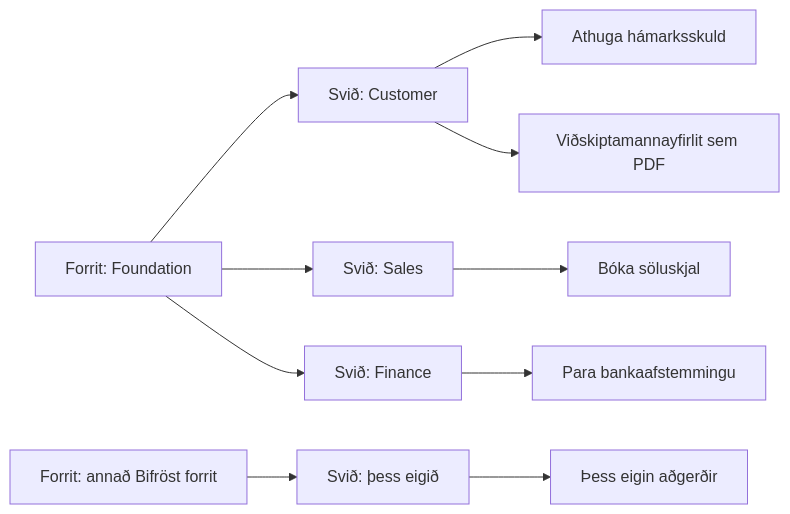
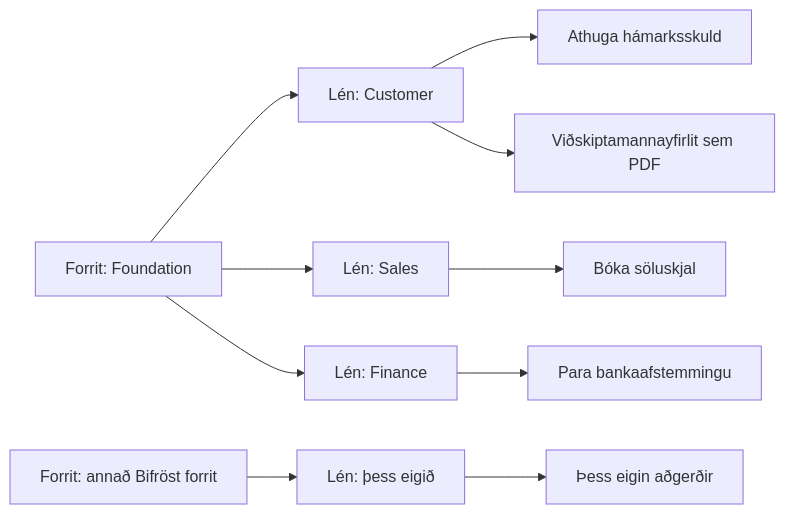
The diagram in i18n/is-IS/docusaurus-plugin-content-docs-documentation/current/how-it-works.md (businesscentralal/bifrost), drawn with Mermaid before and after one commit. The commit also changed other lines of this file and 22 other files, not shown here.

````diff
--- a/i18n/is-IS/docusaurus-plugin-content-docs-documentation/current/how-it-works.md
+++ b/i18n/is-IS/docusaurus-plugin-content-docs-documentation/current/how-it-works.md
@@ -40,12 +40,12 @@
 ```mermaid
 flowchart LR
-  F["Forrit: Foundation"] --> C1["Svið: Customer"]
-  F --> C2["Svið: Sales"]
-  F --> C3["Svið: Finance"]
-  T["Forrit: annað Bifröst forrit"] --> C4["Svið: þess eigið"]
+  F["Forrit: Foundation"] --> C1["Lén: Customer"]
+  F --> C2["Lén: Sales"]
+  F --> C3["Lén: Finance"]
+  T["Forrit: annað Bifröst forrit"] --> C4["Lén: þess eigið"]
   C1 --> M1["Athuga hámarksskuld"]
   C1 --> M2["Viðskiptamannayfirlit sem PDF"]
   C2 --> M3["Bóka söluskjal"]
   C3 --> M4["Para bankaafstemmingu"]
   C4 --> M5["Þess eigin aðgerðir"]
 ```
````
